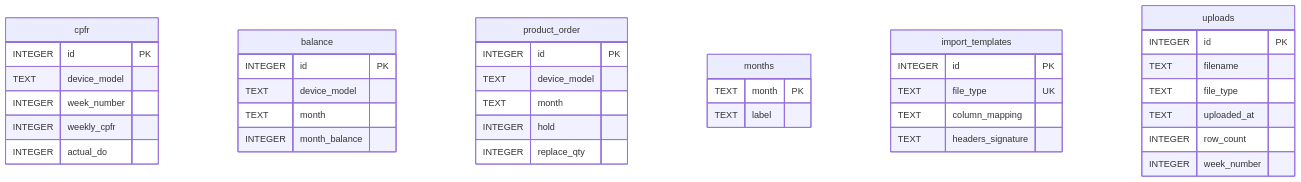
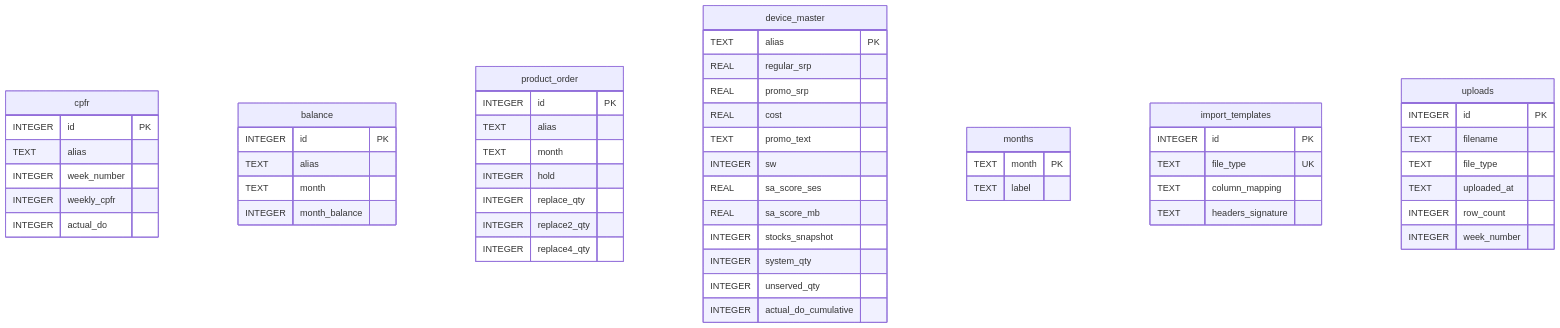
One commit to phonevilleofficial2025/stock-predictor changed the second of 2 diagrams in docs/ERD.md. Above: the diagram before and after it, drawn with Mermaid. The commit also changed other lines of this file and 4 other files, not shown here.

````diff
--- a/docs/ERD.md
+++ b/docs/ERD.md
@@ -70,41 +70,57 @@
 ```mermaid
 erDiagram
   cpfr {
     INTEGER id PK
-    TEXT device_model
+    TEXT alias
     INTEGER week_number
     INTEGER weekly_cpfr
     INTEGER actual_do
   }
   balance {
     INTEGER id PK
-    TEXT device_model
+    TEXT alias
     TEXT month
     INTEGER month_balance
   }
   product_order {
     INTEGER id PK
-    TEXT device_model
+    TEXT alias
     TEXT month
     INTEGER hold
     INTEGER replace_qty
+    INTEGER replace2_qty
+    INTEGER replace4_qty
+  }
+  device_master {
+    TEXT alias PK
+    REAL regular_srp
+    REAL promo_srp
+    REAL cost
+    TEXT promo_text
+    INTEGER sw
+    REAL sa_score_ses
+    REAL sa_score_mb
+    INTEGER stocks_snapshot
+    INTEGER system_qty
+    INTEGER unserved_qty
+    INTEGER actual_do_cumulative
   }
   months {
     TEXT month PK
     TEXT label
   }
   import_templates {
     INTEGER id PK
     TEXT file_type UK
     TEXT column_mapping
     TEXT headers_signature
   }
   uploads {
     INTEGER id PK
     TEXT filename
     TEXT file_type
     TEXT uploaded_at
     INTEGER row_count
     INTEGER week_number
   }
 ```
````
